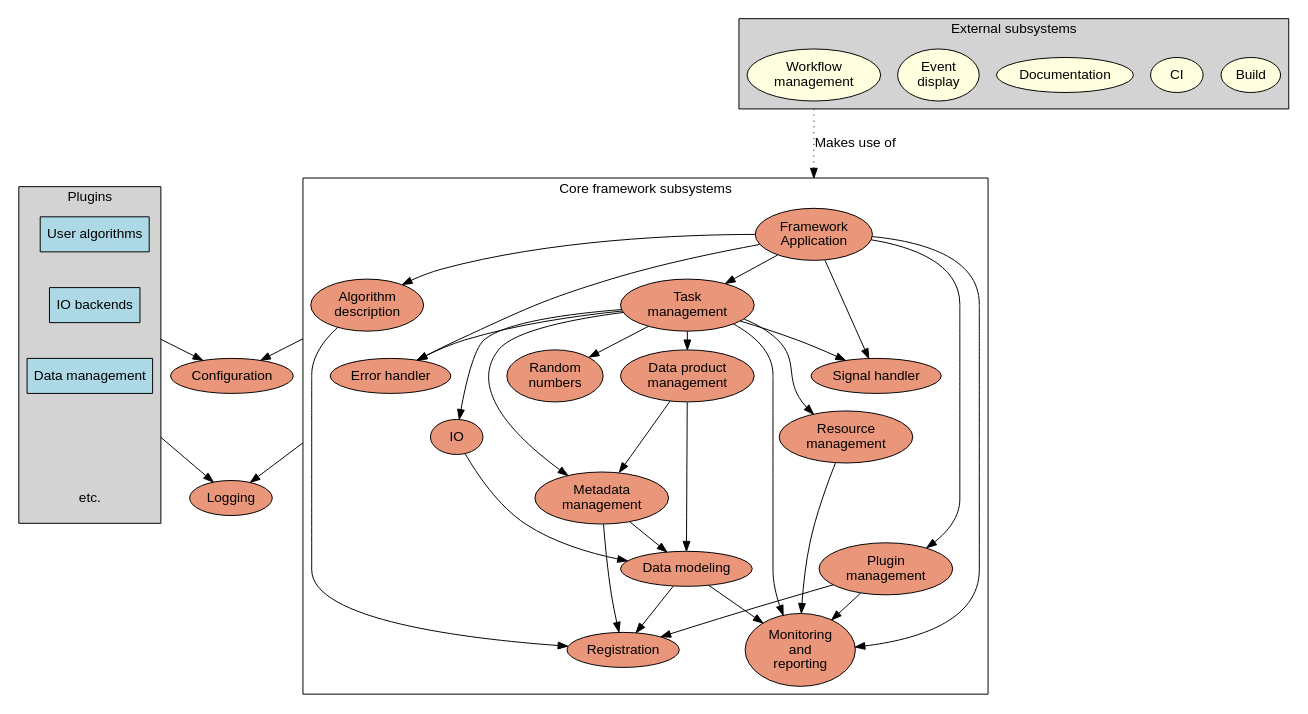
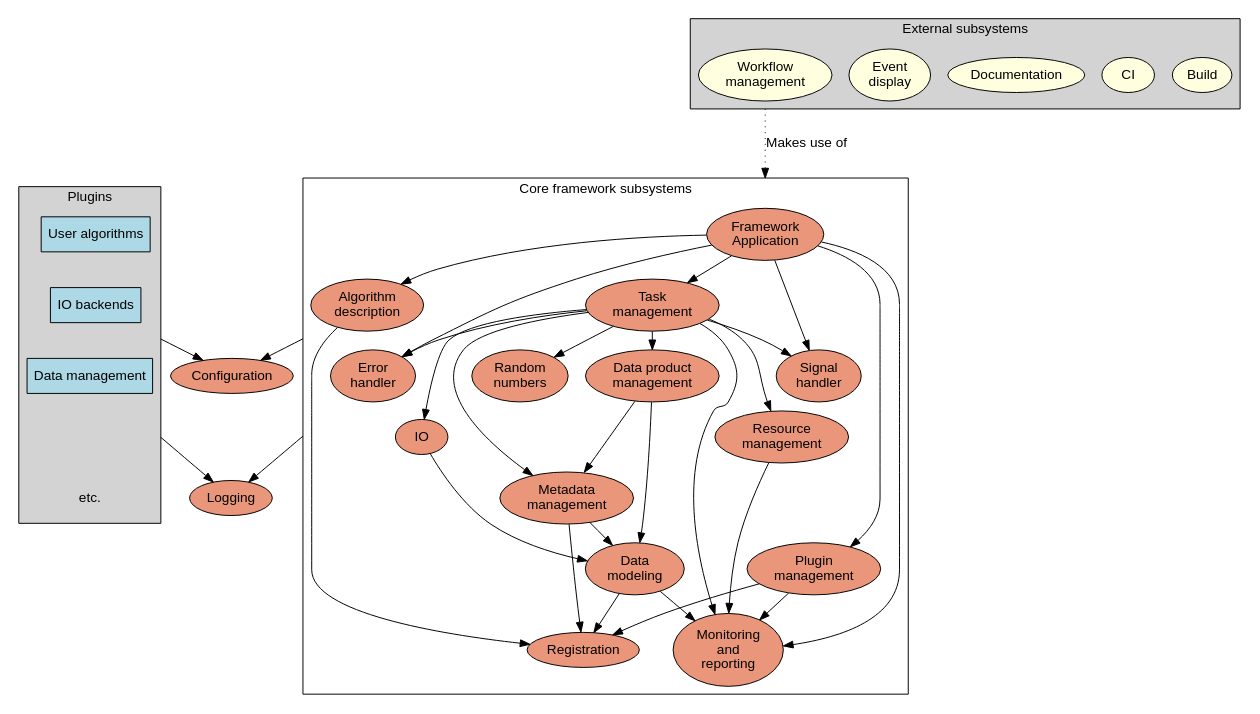
Before and after one commit to Framework-R-D/phlex-design: the diagram in doc/subsystems.gv, drawn with Graphviz. The commit also changed 2 other files, not shown here.

```diff
--- a/doc/subsystems.gv
+++ b/doc/subsystems.gv
@@ -1,104 +1,104 @@
 digraph finite_state_machine {
   fontname="Helvetica,Arial,sans-serif"
   compound=true
   node [fontname="Helvetica,Arial,sans-serif", style=filled, fillcolor=darksalmon];
 
   logging [label="Logging"];
   configuration [label="Configuration"];
 
   subgraph cluster_core_subsystems {
     label = "Core framework subsystems";
 
     algo_description [label="Algorithm\ndescription"];
     application [label="Framework\nApplication"];
-    data_modeling [label="Data modeling"];
-    error_handler [label="Error handler"];
+    data_modeling [label="Data\nmodeling"];
+    error_handler [label="Error\nhandler"];
     io [label="IO"];
     data_product_management [label="Data product\nmanagement"];
     metadata_management [label="Metadata\nmanagement"];
     monitoring [label="Monitoring\nand\nreporting"];
     plugin_management [label="Plugin\nmanagement"];
     registration [label="Registration"];
     random_number [ label="Random\nnumbers"];
     resource_management [label="Resource\nmanagement"];
-    signal_handler [label="Signal handler"];
+    signal_handler [label="Signal\nhandler"];
     task_management [label="Task\nmanagement"];
 
     { rank=same; algo_description; task_management; }
 
     algo_description -> registration;
 
     application -> algo_description;
     application -> error_handler;
     application -> monitoring;
     application -> plugin_management;
     application -> signal_handler;
     application -> task_management;
 
     data_modeling -> monitoring;
     data_modeling -> registration;
 
     io -> data_modeling;
 
     metadata_management -> data_modeling;
     metadata_management -> registration;
 
     plugin_management -> monitoring;
     plugin_management -> registration;
 
     resource_management -> monitoring;
 
     task_management -> error_handler;
     task_management -> io;
     task_management -> data_product_management;
     task_management -> metadata_management;
     task_management -> monitoring;
     task_management -> random_number;
     task_management -> resource_management;
     task_management -> signal_handler;
 
     data_product_management -> metadata_management;
     data_product_management -> data_modeling;
   }
 
   subgraph cluster_external {
     label="External subsystems";
     edge [style=invis]
     node [fillcolor=lightyellow];
     style="filled";
     fillcolor="lightgray";
 
     Build;
     CI;
     Documentation;
     event_display [label="Event\ndisplay"];
     workflow [label="Workflow\nmanagement"];
   }
 
   subgraph cluster_plugins {
     label="Plugins";
     edge [style=invis]
     node [shape=box,fillcolor=lightblue];
     ranksep="0.05";
     style="filled";
     fillcolor="lightgray";
 
     Algo [label="User algorithms"]
     ROOT [label="IO backends"]
     RUCIO [label="Data management"]
     ellipsis [label="etc.", fillcolor=none, peripheries=0];
     Algo -> ROOT -> RUCIO -> ellipsis;
   }
 
   algo_description -> configuration [ltail=cluster_core_subsystems];
   error_handler -> logging [ltail=cluster_core_subsystems];
 
   RUCIO -> logging [ltail=cluster_plugins];
   ROOT -> configuration [ltail=cluster_plugins];
   workflow -> application [ltail=cluster_external,
                            lhead=cluster_core_subsystems,
                            fontname="Helvetica,Arial,sans-serif",
                            label=" Makes use of",
                            style=dotted,
                            minlen=3]
 }
```
